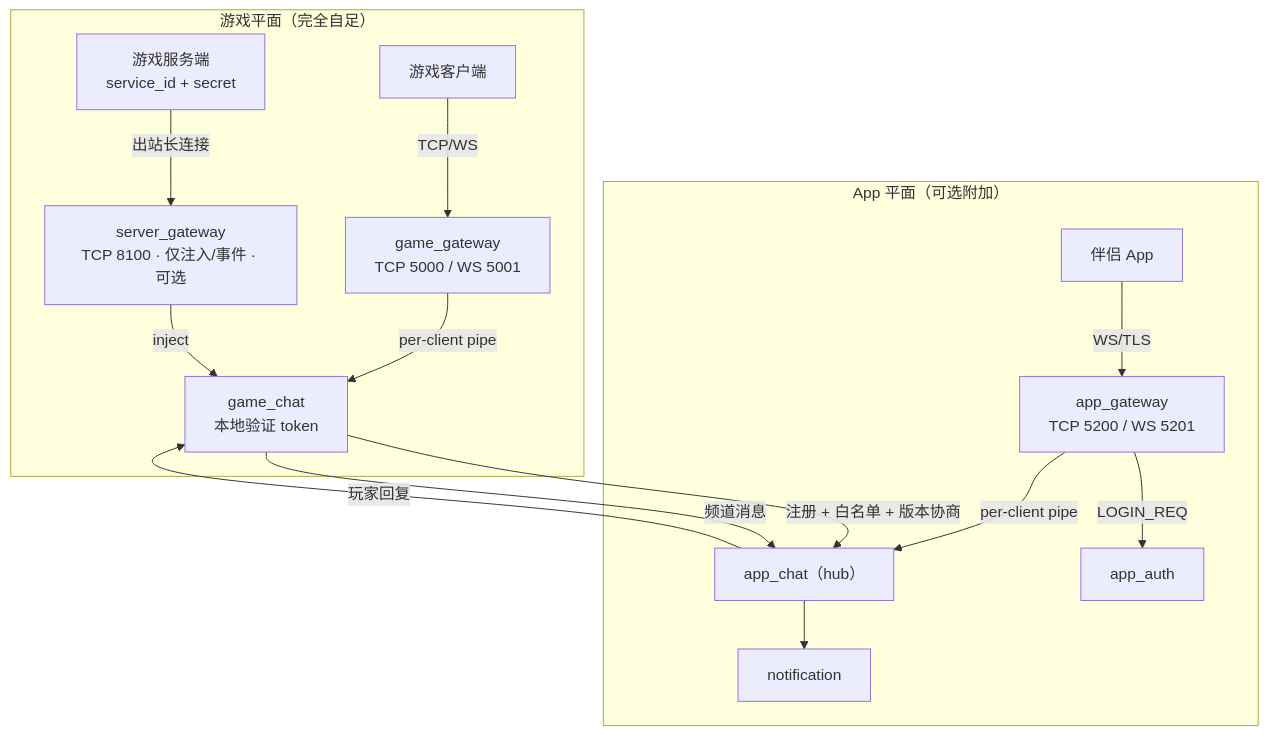
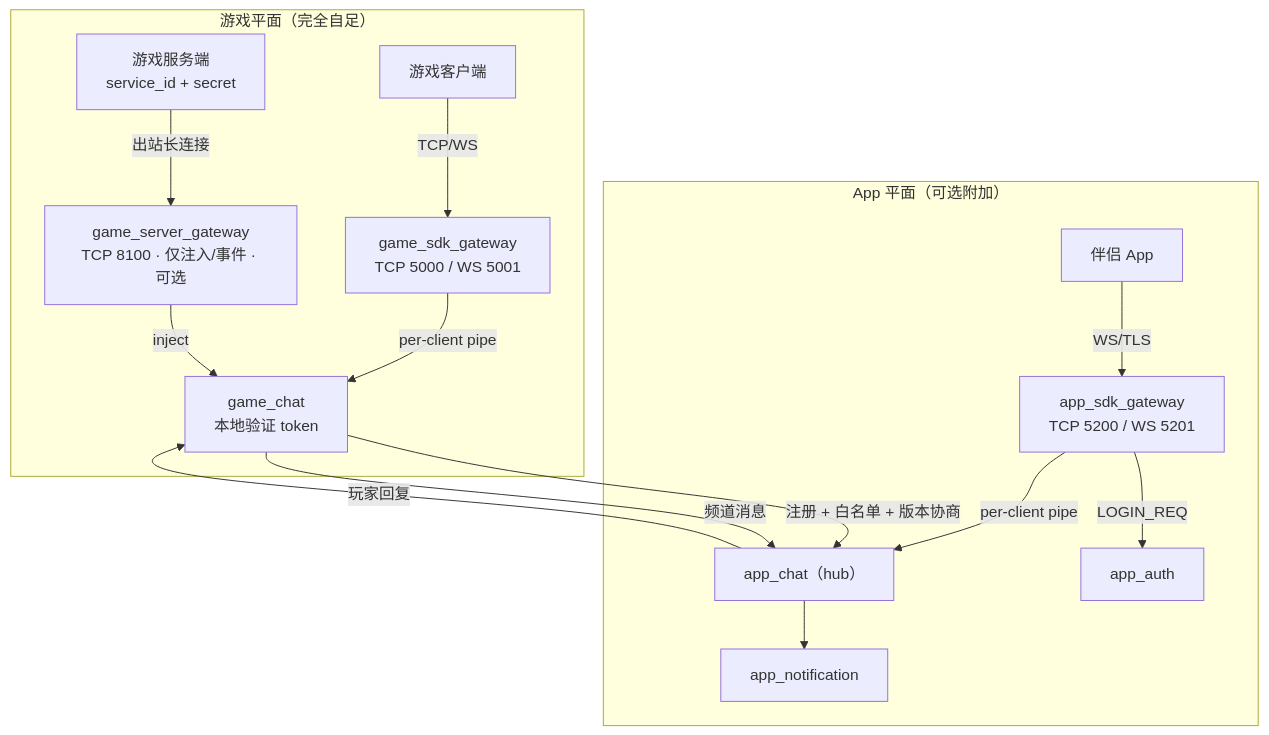
The diagram in README.md (cuihairu/chirp), drawn with Mermaid before and after one commit. The commit also changed other lines of this file and 3 other files, not shown here.

````diff
--- a/README.md
+++ b/README.md
@@ -33,31 +33,31 @@
 ```mermaid
 flowchart TB
     Game["游戏客户端"]
     App["伴侣 App"]
     GS["游戏服务端<br/>service_id + secret"]
 
     subgraph gp["游戏平面（完全自足）"]
-        GG["game_gateway<br/>TCP 5000 / WS 5001"]
+        GG["game_sdk_gateway<br/>TCP 5000 / WS 5001"]
         GCHAT["game_chat<br/>本地验证 token"]
-        SG["server_gateway<br/>TCP 8100 · 仅注入/事件 · 可选"]
+        SG["game_server_gateway<br/>TCP 8100 · 仅注入/事件 · 可选"]
         GG -->|per-client pipe| GCHAT
         SG -->|inject| GCHAT
         Game -- "TCP/WS" --> GG
         GS -- "出站长连接" --> SG
     end
 
     subgraph ap["App 平面（可选附加）"]
-        AG["app_gateway<br/>TCP 5200 / WS 5201"]
+        AG["app_sdk_gateway<br/>TCP 5200 / WS 5201"]
         ACHAT["app_chat（hub）"]
         APPAUTH["app_auth"]
-        NOTIF["notification"]
+        NOTIF["app_notification"]
         AG -->|per-client pipe| ACHAT
         AG -->|LOGIN_REQ| APPAUTH
         ACHAT --> NOTIF
         App -- "WS/TLS" --> AG
     end
 
     GCHAT -->|"注册 + 白名单 + 版本协商"| ACHAT
     GCHAT -->|"频道消息"| ACHAT
     ACHAT -->|"玩家回复"| GCHAT
 ```
````
